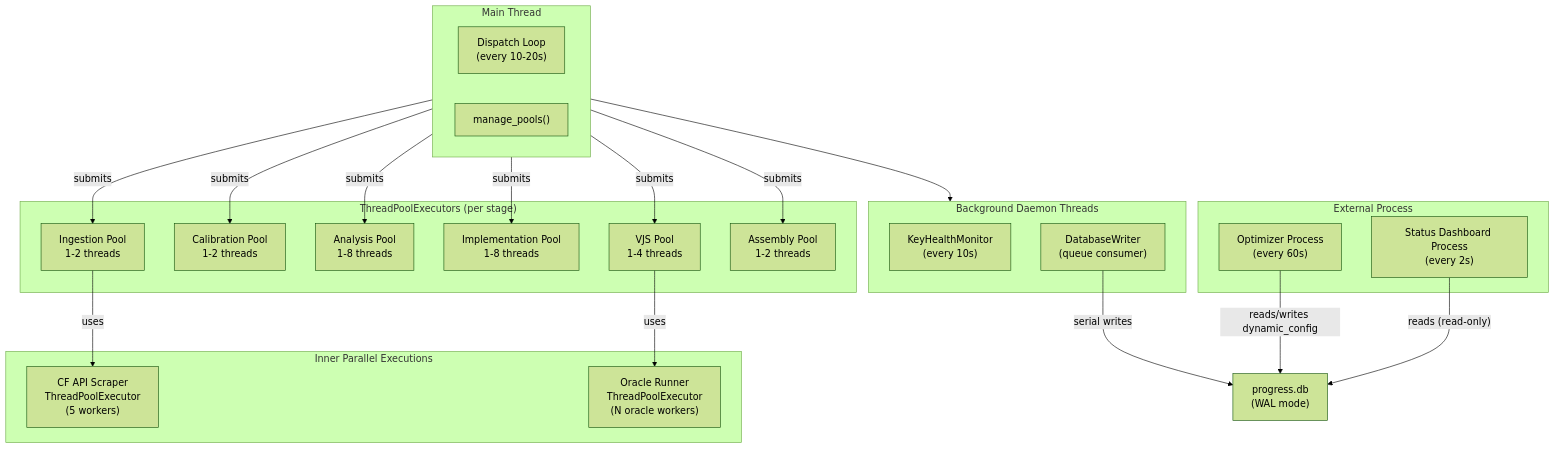
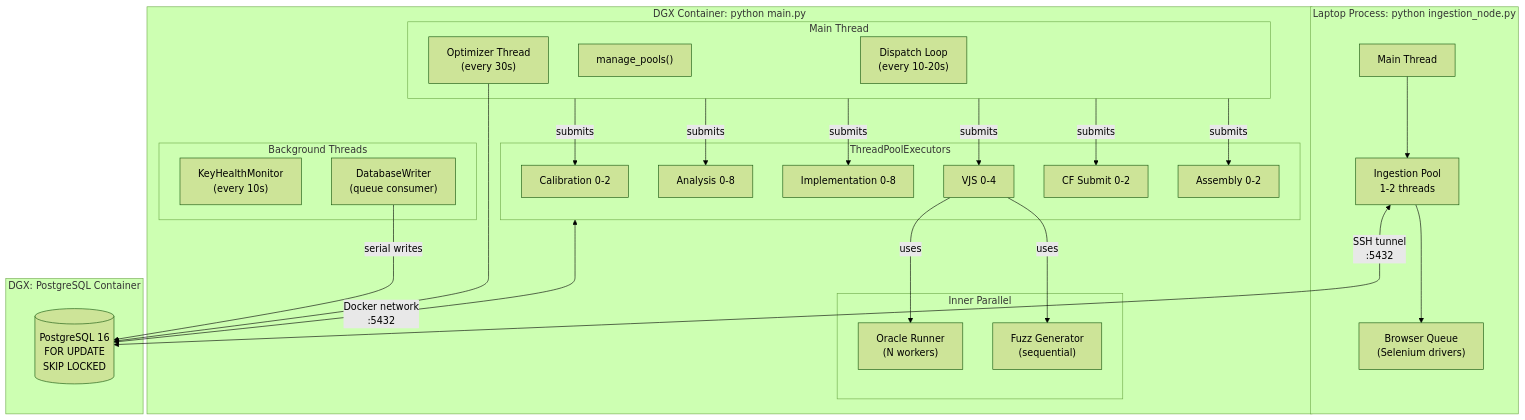
Before and after one commit to Axe-08/Synapse: the third of 3 diagrams in Documents/Diagrams/Mermaid/06_Architecture.md, drawn with Mermaid (forest theme). The commit also changed other lines of this file and 17 other files, not shown here.

First line of the commit message:
docs: v2 architecture — SRS v2, TestPlan, diagrams, Architecture overview

````diff
--- a/Documents/Diagrams/Mermaid/06_Architecture.md
+++ b/Documents/Diagrams/Mermaid/06_Architecture.md
@@ -165,41 +170,50 @@
 ```mermaid
 graph TD
-    subgraph MAIN_THREAD["Main Thread"]
-        MAIN_LOOP["Dispatch Loop\n(every 10-20s)"]
-        POOL_MGR["manage_pools()"]
+    subgraph LAPTOP_PROC["Laptop Process: python ingestion_node.py"]
+        ING_MAIN["Main Thread"]
+        ING_POOL["Ingestion Pool\n1-2 threads"]
+        ING_BQ["Browser Queue\n(Selenium drivers)"]
     end
 
-    subgraph BG_THREADS["Background Daemon Threads"]
-        KHM_T["KeyHealthMonitor\n(every 10s)"]
-        DBW_T["DatabaseWriter\n(queue consumer)"]
+    subgraph DGX_CONTAINER["DGX Container: python main.py"]
+        subgraph MAIN_THREAD["Main Thread"]
+            MAIN_LOOP["Dispatch Loop\n(every 10-20s)"]
+            POOL_MGR["manage_pools()"]
+            OPT_THREAD["Optimizer Thread\n(every 30s)"]
+        end
+
+        subgraph BG_THREADS["Background Threads"]
+            KHM_T["KeyHealthMonitor\n(every 10s)"]
+            DBW_T["DatabaseWriter\n(queue consumer)"]
+        end
+
+        subgraph THREADPOOLS["ThreadPoolExecutors"]
+            CAL_POOL["Calibration 0-2"]
+            ANA_POOL["Analysis 0-8"]
+            IMP_POOL["Implementation 0-8"]
+            VJS_POOL["VJS 0-4"]
+            CF_POOL["CF Submit 0-2"]
+            ASM_POOL["Assembly 0-2"]
+        end
+
+        subgraph INNER["Inner Parallel"]
+            ORACLE_POOL["Oracle Runner\n(N workers)"]
+            FUZZ_POOL["Fuzz Generator\n(sequential)"]
+        end
     end
 
-    subgraph EXT_POOLS["External Process"]
-        OPT_P["Optimizer Process\n(every 60s)"]
-        DASH_P["Status Dashboard Process\n(every 2s)"]
+    subgraph DGX_POSTGRES["DGX: PostgreSQL Container"]
+        PG[("PostgreSQL 16\nFOR UPDATE\nSKIP LOCKED")]
     end
 
-    subgraph THREADPOOLS["ThreadPoolExecutors (per stage)"]
-        ING_POOL["Ingestion Pool\n1-2 threads"]
-        CAL_POOL["Calibration Pool\n1-2 threads"]
-        ANA_POOL["Analysis Pool\n1-8 threads"]
-        IMP_POOL["Implementation Pool\n1-8 threads"]
-        VJS_POOL["VJS Pool\n1-4 threads"]
-        ASM_POOL["Assembly Pool\n1-2 threads"]
-    end
+    ING_MAIN --> ING_POOL
+    ING_POOL --> ING_BQ
 
-    subgraph INNER_POOLS["Inner Parallel Executions"]
-        SCRAPER_POOL["CF API Scraper\nThreadPoolExecutor\n(5 workers)"]
-        ORACLE_POOL["Oracle Runner\nThreadPoolExecutor\n(N oracle workers)"]
-    end
+    MAIN_THREAD -->|"submits"| CAL_POOL & ANA_POOL & IMP_POOL & VJS_POOL & CF_POOL & ASM_POOL
+    VJS_POOL -->|"uses"| ORACLE_POOL & FUZZ_POOL
 
-    MAIN_THREAD -->|"submits"| ING_POOL & CAL_POOL & ANA_POOL & IMP_POOL & VJS_POOL & ASM_POOL
-    MAIN_THREAD --> BG_THREADS
-    DBW_T -->|"serial writes"| SQLITE["progress.db\n(WAL mode)"]
-
-    ING_POOL -->|"uses"| SCRAPER_POOL
-    VJS_POOL -->|"uses"| ORACLE_POOL
-
-    OPT_P -->|"reads/writes dynamic_config"| SQLITE
-    DASH_P -->|"reads (read-only)"| SQLITE
+    ING_POOL <-->|"SSH tunnel\n:5432"| PG
+    DBW_T -->|"serial writes"| PG
+    THREADPOOLS <-->|"Docker network\n:5432"| PG
+    OPT_THREAD --> PG
 ```
````
